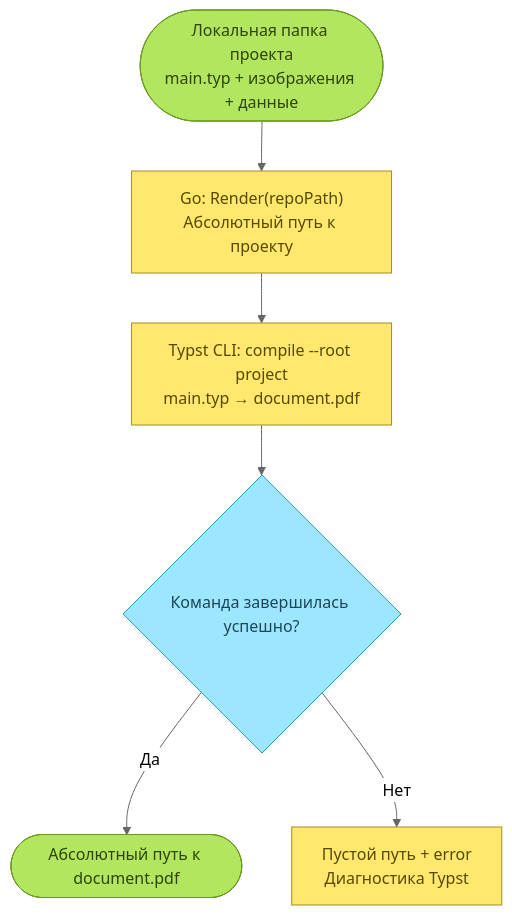
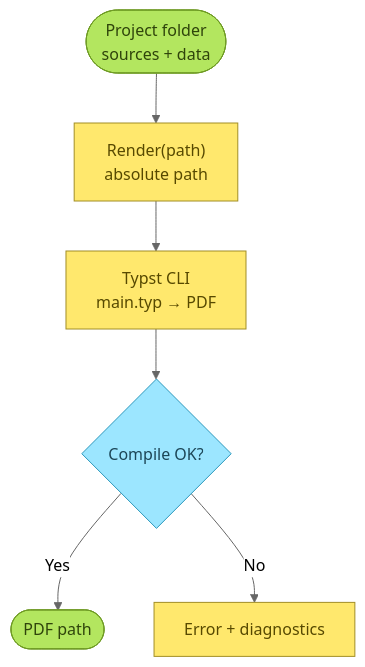
Before and after one commit to Feruum/Leafrun: the diagram in docs/architecture/diagrams/00-local-render.mmd, drawn with Mermaid (neutral theme). The commit also changed 38 other files, not shown here.

```diff
--- a/docs/architecture/diagrams/00-local-render.mmd
+++ b/docs/architecture/diagrams/00-local-render.mmd
@@ -1,13 +1,13 @@
 flowchart TB
-    A(["Локальная папка проекта<br/>main.typ + изображения + данные"]):::terminator
-    B["Go: Render(repoPath)<br/>Абсолютный путь к проекту"]:::general
-    C["Typst CLI: compile --root project<br/>main.typ → document.pdf"]:::general
-    D{"Команда завершилась успешно?"}:::decision
-    E(["Абсолютный путь к document.pdf"]):::terminator
-    F["Пустой путь + error<br/>Диагностика Typst"]:::general
+    A(["Project folder<br/>sources + data"]):::terminator
+    B["Render(path)<br/>absolute path"]:::general
+    C["Typst CLI<br/>main.typ → PDF"]:::general
+    D{"Compile OK?"}:::decision
+    E(["PDF path"]):::terminator
+    F["Error + diagnostics"]:::general
     A --> B --> C --> D
-    D -->|Да| E
-    D -->|Нет| F
+    D -->|Yes| E
+    D -->|No| F
     classDef general fill:#FFE86D,stroke:#A28E26,color:#574900
     classDef decision fill:#9CE6FF,stroke:#2C97BB,color:#1C4657
     classDef terminator fill:#B3E65F,stroke:#6E9A24,color:#2F440B
```
